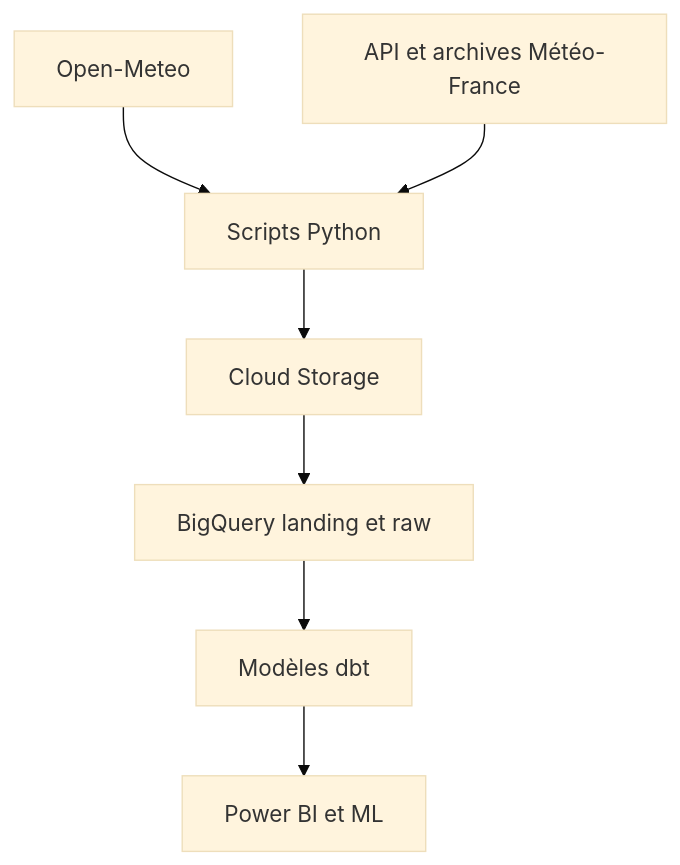
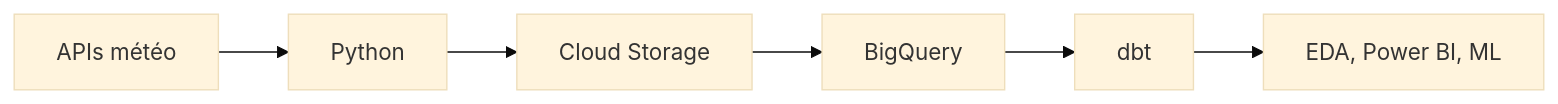
The diagram in README.md (Thymael/Projet-Fourcasters), drawn with Mermaid (base theme) before and after one commit. The commit also changed other lines of this file and 44 other files, not shown here.

````diff
--- a/README.md
+++ b/README.md
@@ -23,9 +24,8 @@
 ```mermaid
-flowchart TD
-    A[Open-Meteo] --> C[Scripts Python]
-    B[API et archives Météo-France] --> C
-    C --> D[Cloud Storage]
-    D --> E[BigQuery landing et raw]
-    E --> F[Modèles dbt]
-    F --> G[Power BI et ML]
+flowchart LR
+    A[APIs météo] --> B[Python]
+    B --> C[Cloud Storage]
+    C --> D[BigQuery]
+    D --> E[dbt]
+    E --> F[EDA, Power BI, ML]
 ```
````
